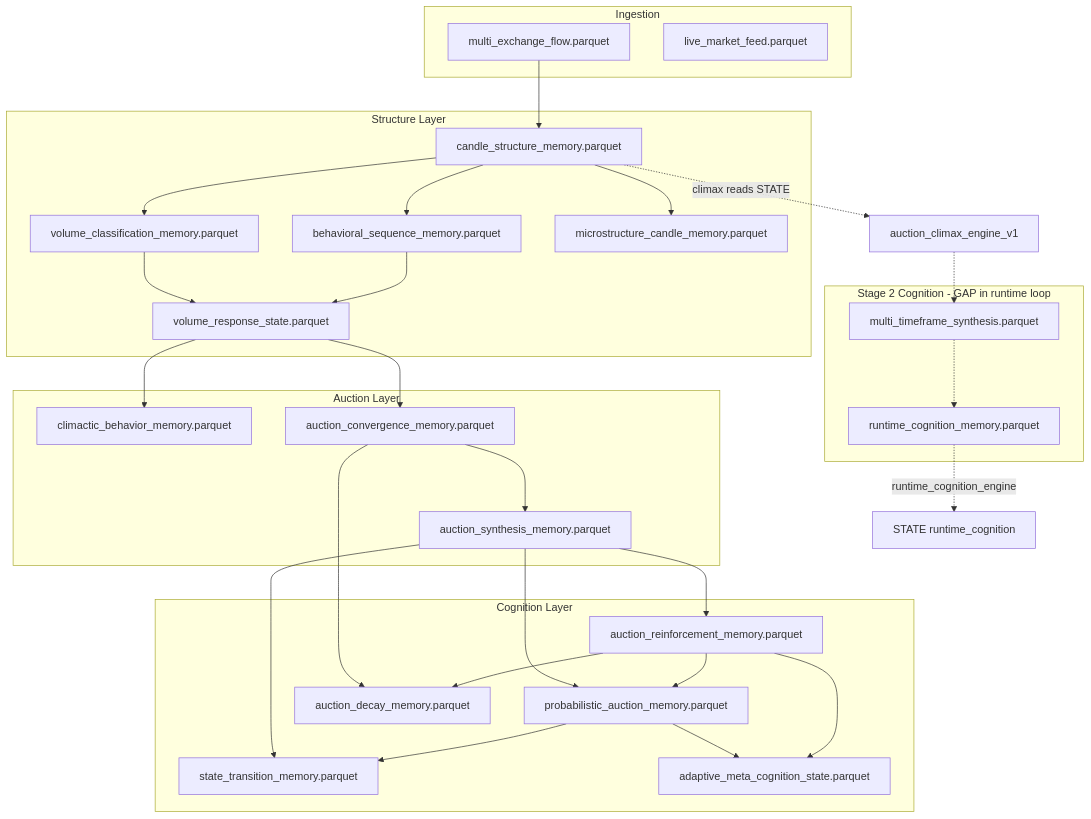
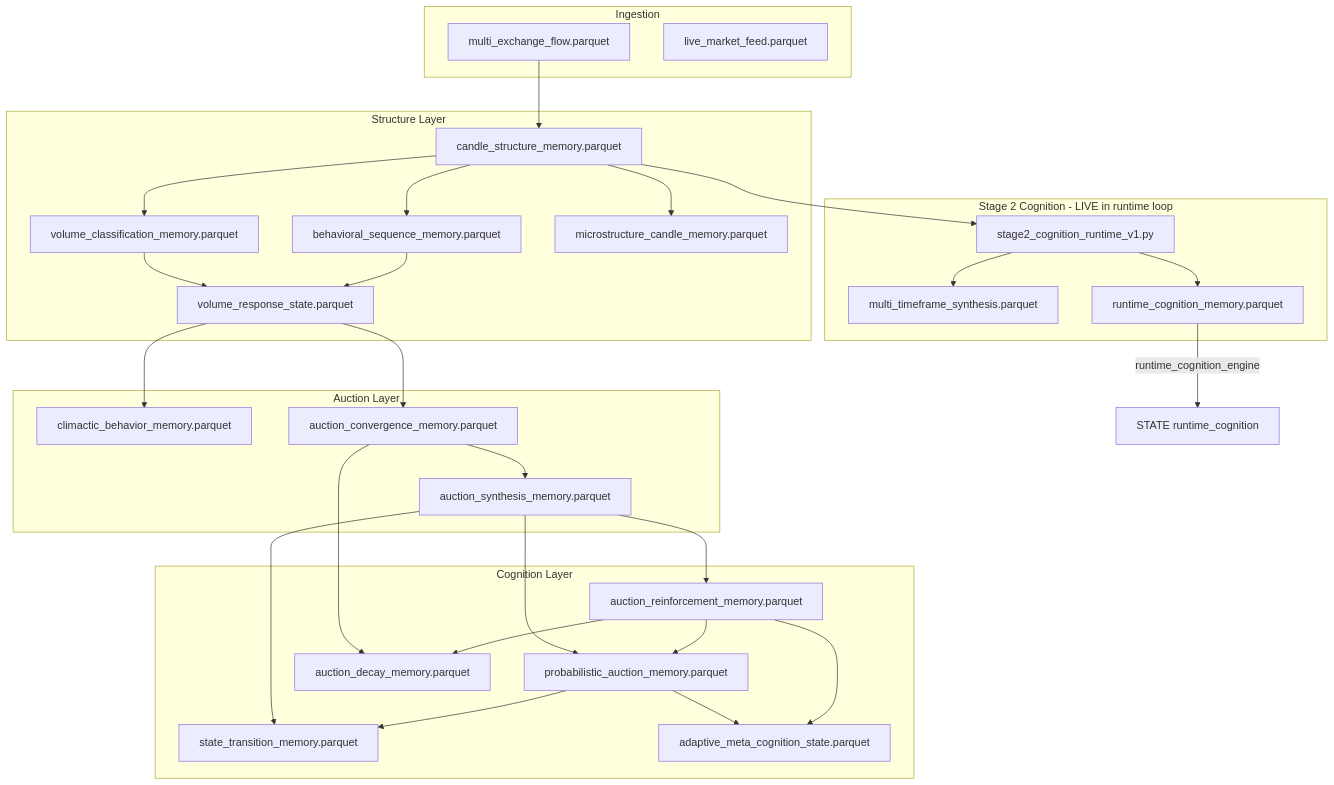
The diagram in docs/PARQUET_DEPENDENCY_MAP.md (maxim134vl/btc-microstructure-engine), drawn with Mermaid before and after one commit. The commit also changed other lines of this file and 13 other files, not shown here.

First line of the commit message:
Wire Stage 2 cognition into master runtime and align live feed path.

````diff
--- a/docs/PARQUET_DEPENDENCY_MAP.md
+++ b/docs/PARQUET_DEPENDENCY_MAP.md
@@ -25,58 +25,59 @@
 ```mermaid
 flowchart TD
     subgraph ingestion [Ingestion]
         MF[multi_exchange_flow.parquet]
         LMF[live_market_feed.parquet]
     end
 
     subgraph structure [Structure Layer]
         CS[candle_structure_memory.parquet]
         VC[volume_classification_memory.parquet]
         BS[behavioral_sequence_memory.parquet]
         MC[microstructure_candle_memory.parquet]
         VR[volume_response_state.parquet]
     end
 
     subgraph auction [Auction Layer]
         CB[climactic_behavior_memory.parquet]
         AC[auction_convergence_memory.parquet]
         AS[auction_synthesis_memory.parquet]
     end
 
-    subgraph stage2 [Stage 2 Cognition - GAP in runtime loop]
+    subgraph stage2 [Stage 2 Cognition - LIVE in runtime loop]
+        ST2[stage2_cognition_runtime_v1.py]
         MTF[multi_timeframe_synthesis.parquet]
         RC[runtime_cognition_memory.parquet]
     end
 
     subgraph cognition [Cognition Layer]
         AR[auction_reinforcement_memory.parquet]
         PA[probabilistic_auction_memory.parquet]
         AD[auction_decay_memory.parquet]
         ST[state_transition_memory.parquet]
         AM[adaptive_meta_cognition_state.parquet]
     end
 
     MF --> CS
     CS --> VC
     CS --> BS
     CS --> MC
     VC --> VR
     BS --> VR
     VR --> CB
     VR --> AC
     AC --> AS
     AS --> AR
     AS --> PA
     AR --> PA
     AC --> AD
     AR --> AD
     AS --> ST
     PA --> ST
     PA --> AM
     AR --> AM
 
-    CS -.->|climax reads STATE| CLX[auction_climax_engine_v1]
-    CLX -.-> MTF
-    MTF -.-> RC
-    RC -.->|runtime_cognition_engine| STATE2[STATE runtime_cognition]
+    CS --> ST2
+    ST2 --> MTF
+    ST2 --> RC
+    RC -->|runtime_cognition_engine| STATE2[STATE runtime_cognition]
 ```
````
